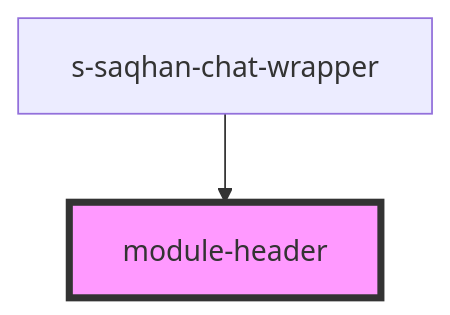
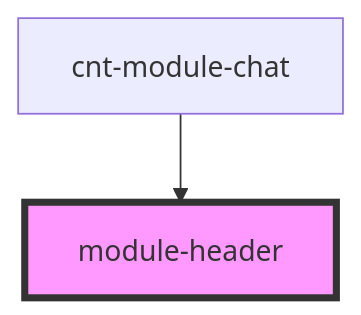
Before and after one commit to saqhan/stencil-chat: the diagram in src/components/module/module-chat/res/view/cnt-module-chat/sub/view/module-header/readme.md, drawn with Mermaid. The commit also changed other lines of this file and 26 other files, not shown here.

````diff
--- a/src/components/module/module-chat/res/view/cnt-module-chat/sub/view/module-header/readme.md
+++ b/src/components/module/module-chat/res/view/cnt-module-chat/sub/view/module-header/readme.md
@@ -29,5 +30,5 @@
 ```mermaid
 graph TD;
-  s-saqhan-chat-wrapper --> module-header
+  cnt-module-chat --> module-header
   style module-header fill:#f9f,stroke:#333,stroke-width:4px
 ```
````
